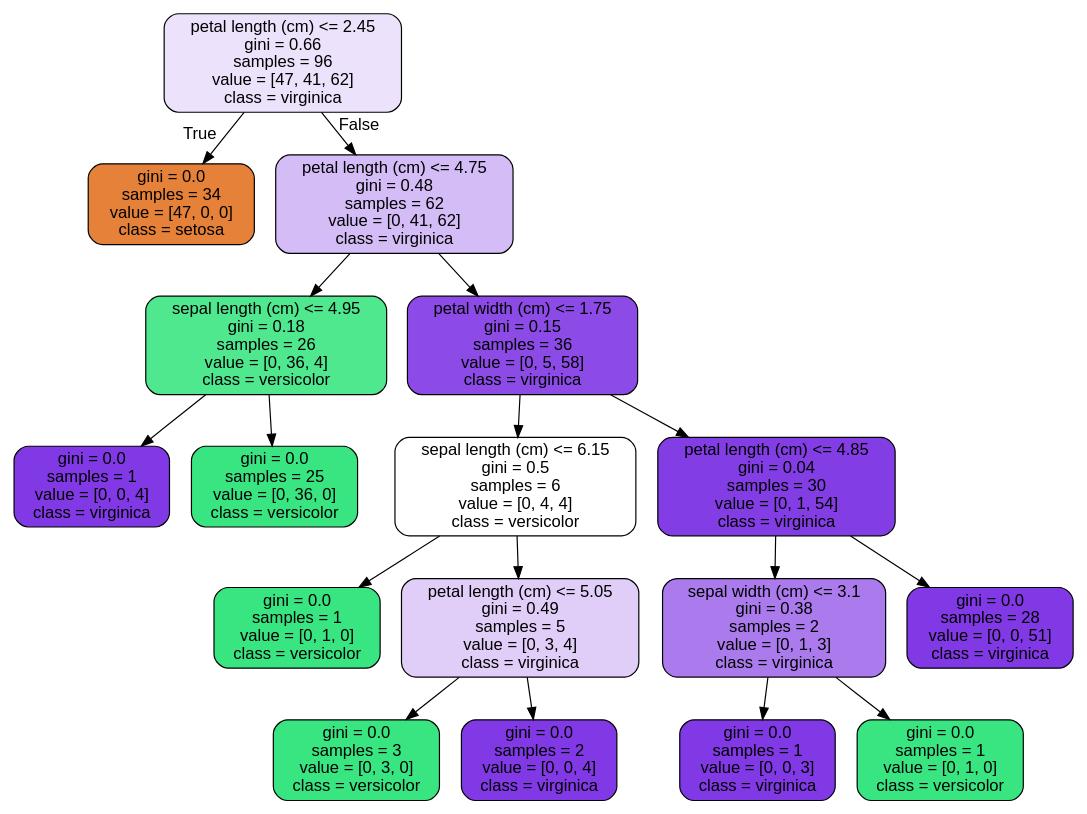
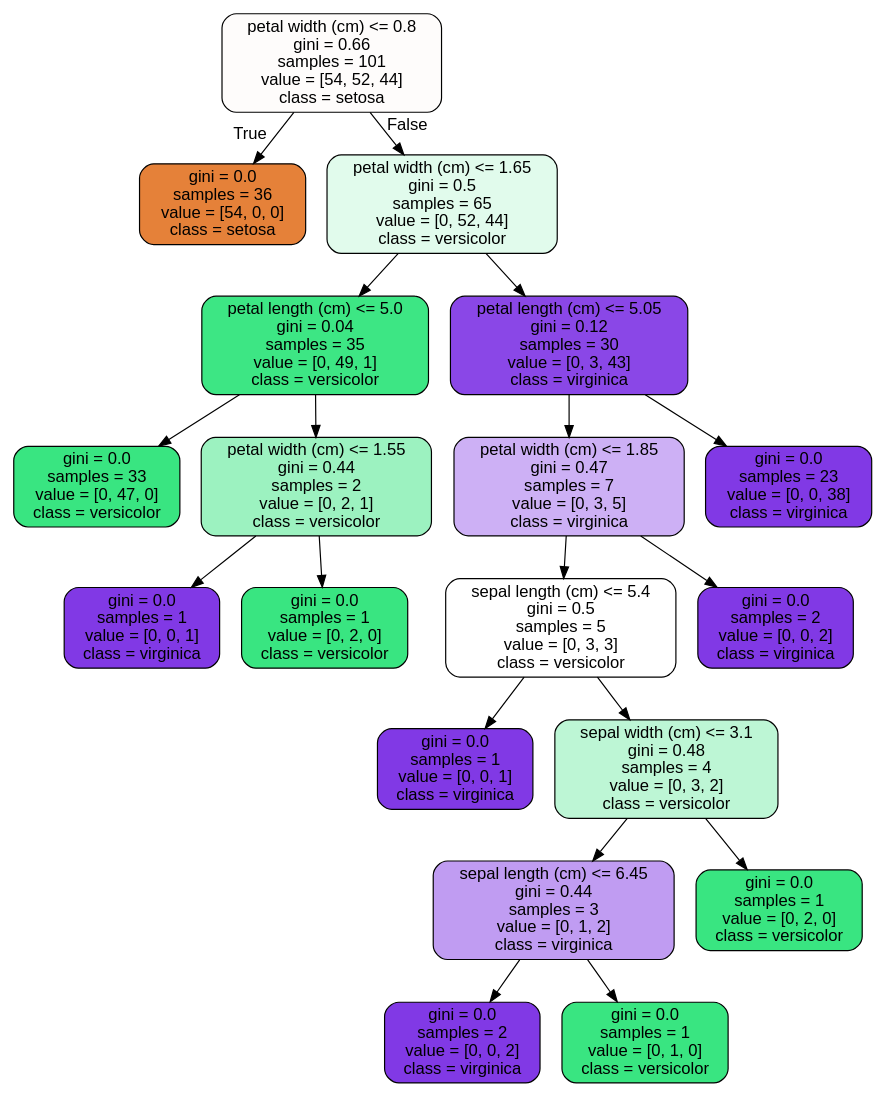
The diagram in tree.dot (orlaith17/MachineLearning-StatisticsProject), drawn with Graphviz before and after one commit. The commit also changed 3 other files, not shown here.

```diff
--- a/tree.dot
+++ b/tree.dot
@@ -1,37 +1,41 @@
 digraph Tree {
 node [shape=box, style="filled, rounded", color="black", fontname=helvetica] ;
 edge [fontname=helvetica] ;
-0 [label="petal length (cm) <= 2.45\ngini = 0.66\nsamples = 96\nvalue = [47, 41, 62]\nclass = virginica", fillcolor="#ede2fb"] ;
-1 [label="gini = 0.0\nsamples = 34\nvalue = [47, 0, 0]\nclass = setosa", fillcolor="#e58139"] ;
+0 [label="petal width (cm) <= 0.8\ngini = 0.66\nsamples = 101\nvalue = [54, 52, 44]\nclass = setosa", fillcolor="#fefcfb"] ;
+1 [label="gini = 0.0\nsamples = 36\nvalue = [54, 0, 0]\nclass = setosa", fillcolor="#e58139"] ;
 0 -> 1 [labeldistance=2.5, labelangle=45, headlabel="True"] ;
-2 [label="petal length (cm) <= 4.75\ngini = 0.48\nsamples = 62\nvalue = [0, 41, 62]\nclass = virginica", fillcolor="#d4bcf6"] ;
+2 [label="petal width (cm) <= 1.65\ngini = 0.5\nsamples = 65\nvalue = [0, 52, 44]\nclass = versicolor", fillcolor="#e1fbec"] ;
 0 -> 2 [labeldistance=2.5, labelangle=-45, headlabel="False"] ;
-3 [label="sepal length (cm) <= 4.95\ngini = 0.18\nsamples = 26\nvalue = [0, 36, 4]\nclass = versicolor", fillcolor="#4fe88f"] ;
+3 [label="petal length (cm) <= 5.0\ngini = 0.04\nsamples = 35\nvalue = [0, 49, 1]\nclass = versicolor", fillcolor="#3de684"] ;
 2 -> 3 ;
-4 [label="gini = 0.0\nsamples = 1\nvalue = [0, 0, 4]\nclass = virginica", fillcolor="#8139e5"] ;
+4 [label="gini = 0.0\nsamples = 33\nvalue = [0, 47, 0]\nclass = versicolor", fillcolor="#39e581"] ;
 3 -> 4 ;
-5 [label="gini = 0.0\nsamples = 25\nvalue = [0, 36, 0]\nclass = versicolor", fillcolor="#39e581"] ;
+5 [label="petal width (cm) <= 1.55\ngini = 0.44\nsamples = 2\nvalue = [0, 2, 1]\nclass = versicolor", fillcolor="#9cf2c0"] ;
 3 -> 5 ;
-6 [label="petal width (cm) <= 1.75\ngini = 0.15\nsamples = 36\nvalue = [0, 5, 58]\nclass = virginica", fillcolor="#8c4ae7"] ;
-2 -> 6 ;
-7 [label="sepal length (cm) <= 6.15\ngini = 0.5\nsamples = 6\nvalue = [0, 4, 4]\nclass = versicolor", fillcolor="#ffffff"] ;
-6 -> 7 ;
-8 [label="gini = 0.0\nsamples = 1\nvalue = [0, 1, 0]\nclass = versicolor", fillcolor="#39e581"] ;
-7 -> 8 ;
-9 [label="petal length (cm) <= 5.05\ngini = 0.49\nsamples = 5\nvalue = [0, 3, 4]\nclass = virginica", fillcolor="#e0cef8"] ;
-7 -> 9 ;
-10 [label="gini = 0.0\nsamples = 3\nvalue = [0, 3, 0]\nclass = versicolor", fillcolor="#39e581"] ;
+6 [label="gini = 0.0\nsamples = 1\nvalue = [0, 0, 1]\nclass = virginica", fillcolor="#8139e5"] ;
+5 -> 6 ;
+7 [label="gini = 0.0\nsamples = 1\nvalue = [0, 2, 0]\nclass = versicolor", fillcolor="#39e581"] ;
+5 -> 7 ;
+8 [label="petal length (cm) <= 5.05\ngini = 0.12\nsamples = 30\nvalue = [0, 3, 43]\nclass = virginica", fillcolor="#8a47e7"] ;
+2 -> 8 ;
+9 [label="petal width (cm) <= 1.85\ngini = 0.47\nsamples = 7\nvalue = [0, 3, 5]\nclass = virginica", fillcolor="#cdb0f5"] ;
+8 -> 9 ;
+10 [label="sepal length (cm) <= 5.4\ngini = 0.5\nsamples = 5\nvalue = [0, 3, 3]\nclass = versicolor", fillcolor="#ffffff"] ;
 9 -> 10 ;
-11 [label="gini = 0.0\nsamples = 2\nvalue = [0, 0, 4]\nclass = virginica", fillcolor="#8139e5"] ;
-9 -> 11 ;
-12 [label="petal length (cm) <= 4.85\ngini = 0.04\nsamples = 30\nvalue = [0, 1, 54]\nclass = virginica", fillcolor="#833de5"] ;
-6 -> 12 ;
-13 [label="sepal width (cm) <= 3.1\ngini = 0.38\nsamples = 2\nvalue = [0, 1, 3]\nclass = virginica", fillcolor="#ab7bee"] ;
+11 [label="gini = 0.0\nsamples = 1\nvalue = [0, 0, 1]\nclass = virginica", fillcolor="#8139e5"] ;
+10 -> 11 ;
+12 [label="sepal width (cm) <= 3.1\ngini = 0.48\nsamples = 4\nvalue = [0, 3, 2]\nclass = versicolor", fillcolor="#bdf6d5"] ;
+10 -> 12 ;
+13 [label="sepal length (cm) <= 6.45\ngini = 0.44\nsamples = 3\nvalue = [0, 1, 2]\nclass = virginica", fillcolor="#c09cf2"] ;
 12 -> 13 ;
-14 [label="gini = 0.0\nsamples = 1\nvalue = [0, 0, 3]\nclass = virginica", fillcolor="#8139e5"] ;
+14 [label="gini = 0.0\nsamples = 2\nvalue = [0, 0, 2]\nclass = virginica", fillcolor="#8139e5"] ;
 13 -> 14 ;
 15 [label="gini = 0.0\nsamples = 1\nvalue = [0, 1, 0]\nclass = versicolor", fillcolor="#39e581"] ;
 13 -> 15 ;
-16 [label="gini = 0.0\nsamples = 28\nvalue = [0, 0, 51]\nclass = virginica", fillcolor="#8139e5"] ;
+16 [label="gini = 0.0\nsamples = 1\nvalue = [0, 2, 0]\nclass = versicolor", fillcolor="#39e581"] ;
 12 -> 16 ;
+17 [label="gini = 0.0\nsamples = 2\nvalue = [0, 0, 2]\nclass = virginica", fillcolor="#8139e5"] ;
+9 -> 17 ;
+18 [label="gini = 0.0\nsamples = 23\nvalue = [0, 0, 38]\nclass = virginica", fillcolor="#8139e5"] ;
+8 -> 18 ;
 }
```
